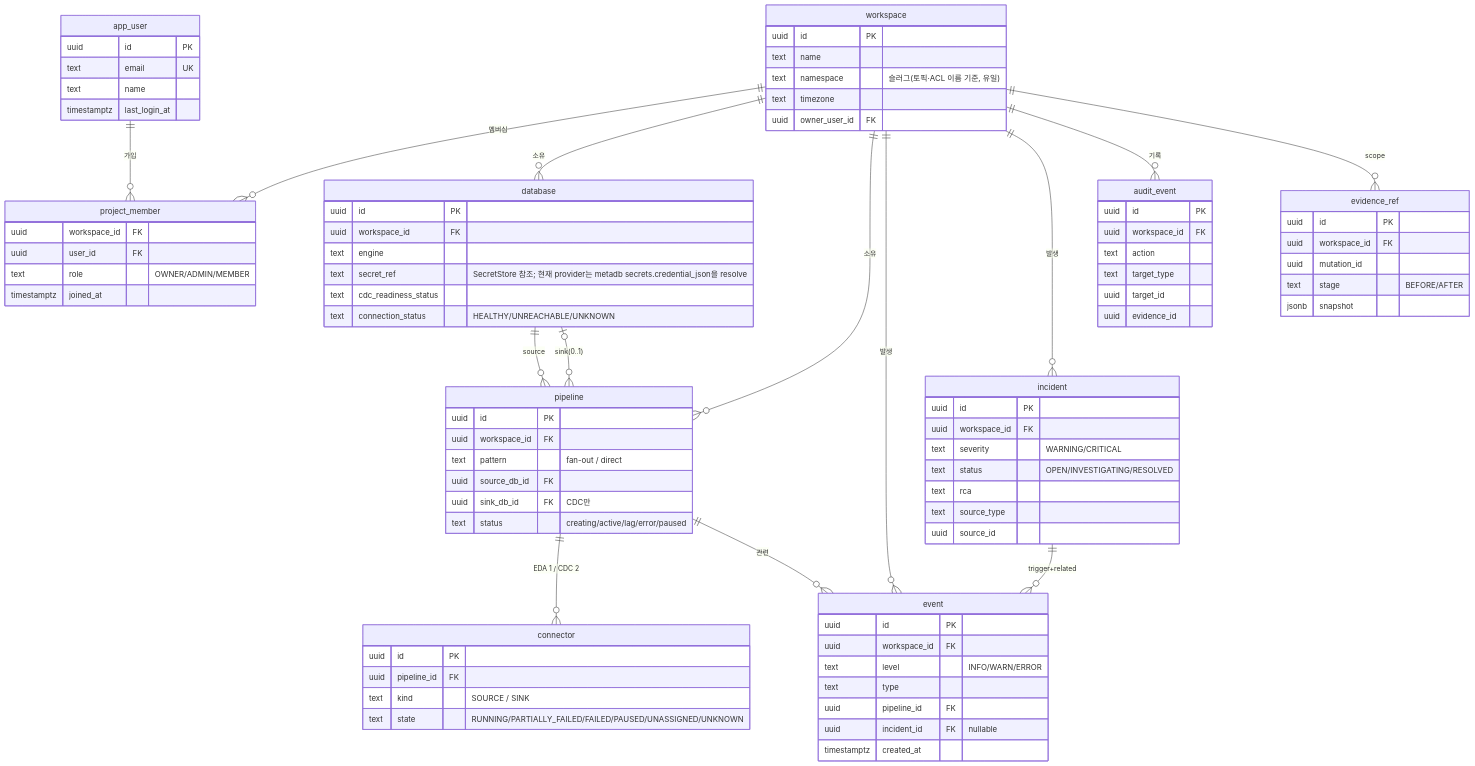
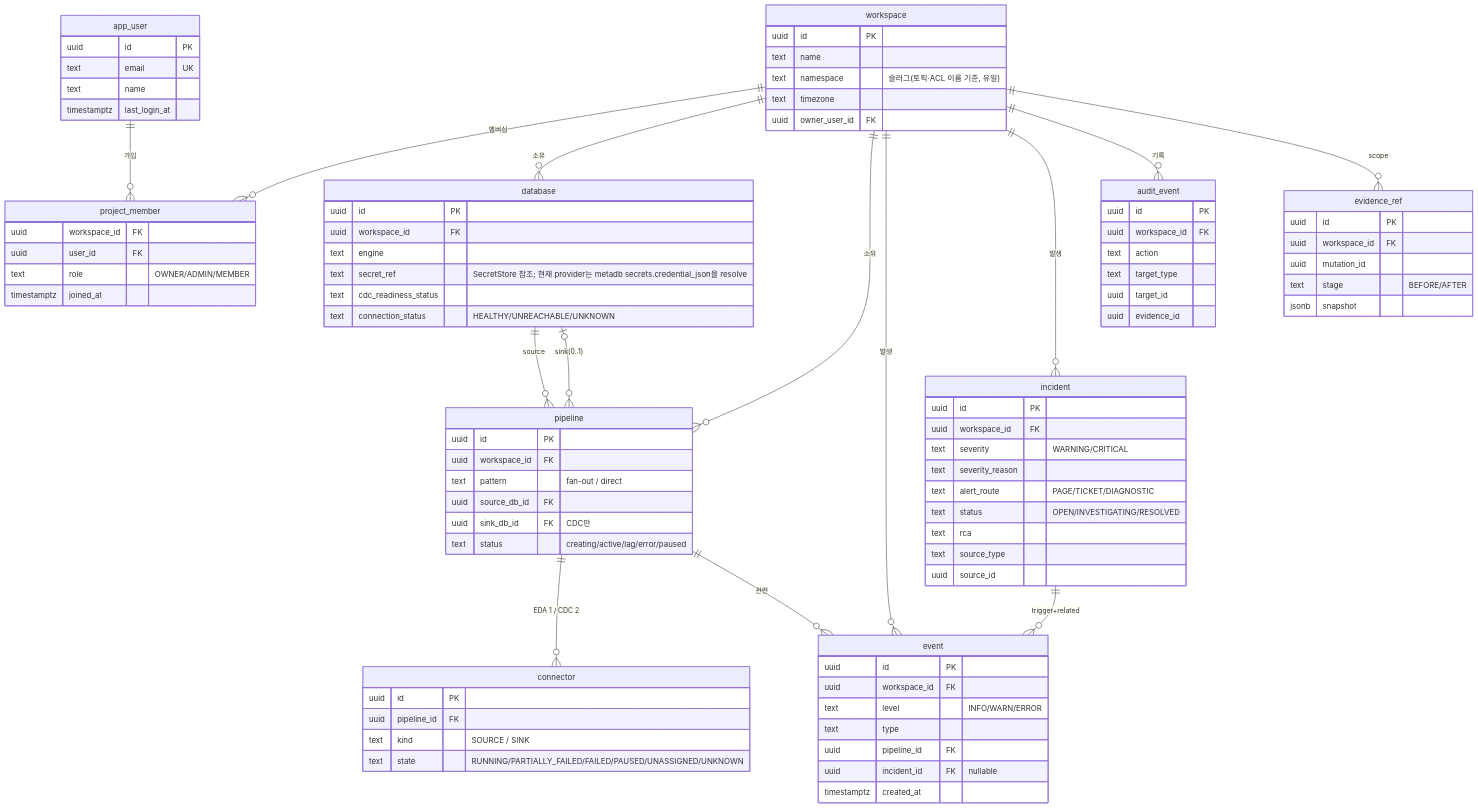
Before and after one commit to cloud-team2/bifrost: the diagram in docs/design/backend-springboot/data-model.md, drawn with Mermaid. The commit also changed other lines of this file and 10 other files, not shown here.

```diff
--- a/docs/design/backend-springboot/data-model.md
+++ b/docs/design/backend-springboot/data-model.md
@@ -84,6 +84,8 @@
         uuid id PK
         uuid workspace_id FK
         text severity "WARNING/CRITICAL"
+        text severity_reason
+        text alert_route "PAGE/TICKET/DIAGNOSTIC"
         text status "OPEN/INVESTIGATING/RESOLVED"
         text rca
         text source_type
```
